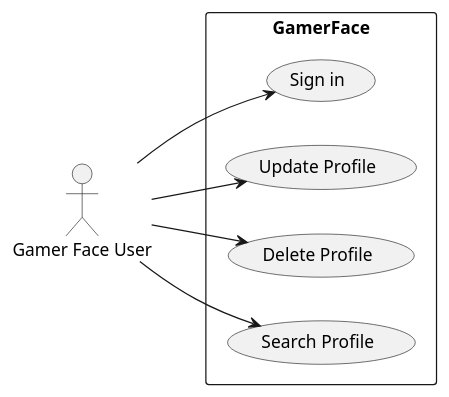
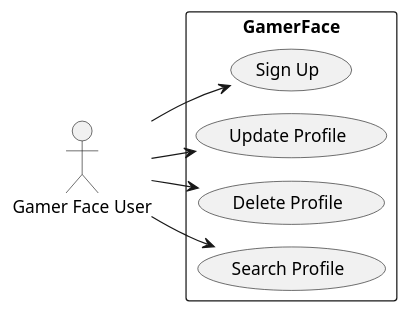
Before and after one commit to ilkertpz/gamer: the diagram in uml/gamerusecase.puml, drawn with PlantUML. The commit also changed 21 other files, not shown here.

```diff
--- a/uml/gamerusecase.puml
+++ b/uml/gamerusecase.puml
@@ -1,14 +1,15 @@
 @startuml
+!pragma layout smetana
 left to right direction
 actor "Gamer Face User" as gfu
 rectangle GamerFace {
-  usecase "Sign in" as UC1
+  usecase "Sign Up" as UC1
   usecase "Update Profile" as UC2
   usecase "Delete Profile" as UC3
   usecase "Search Profile" as UC4
 }
 gfu --> UC1
 gfu --> UC2
 gfu --> UC3
 gfu --> UC4
 @enduml
```
